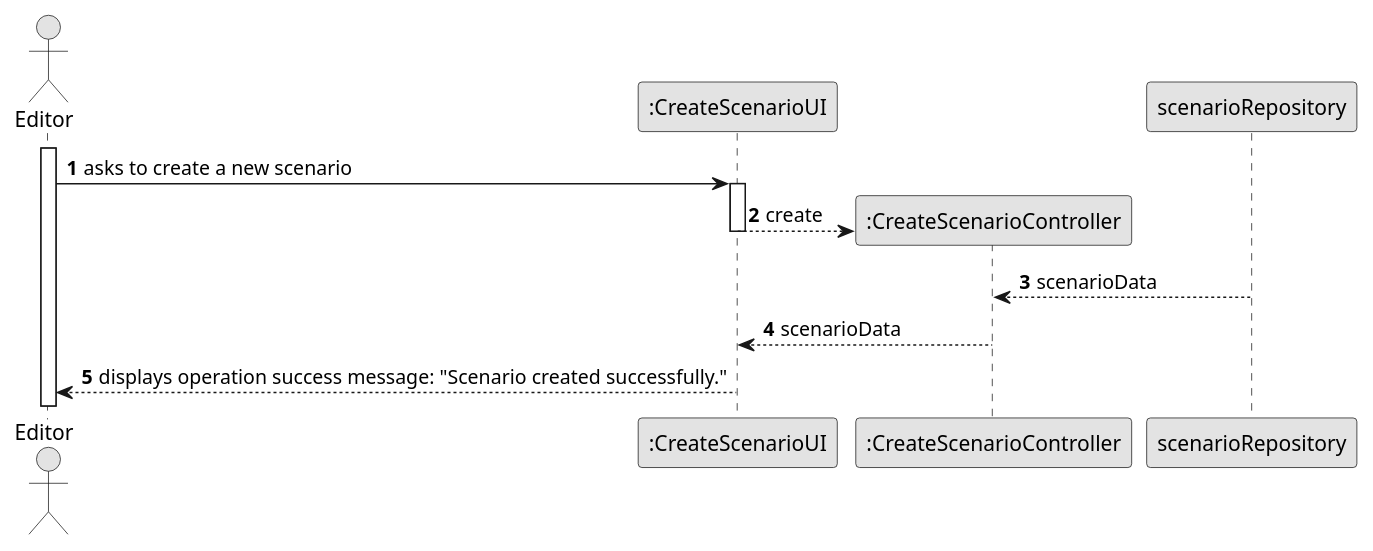
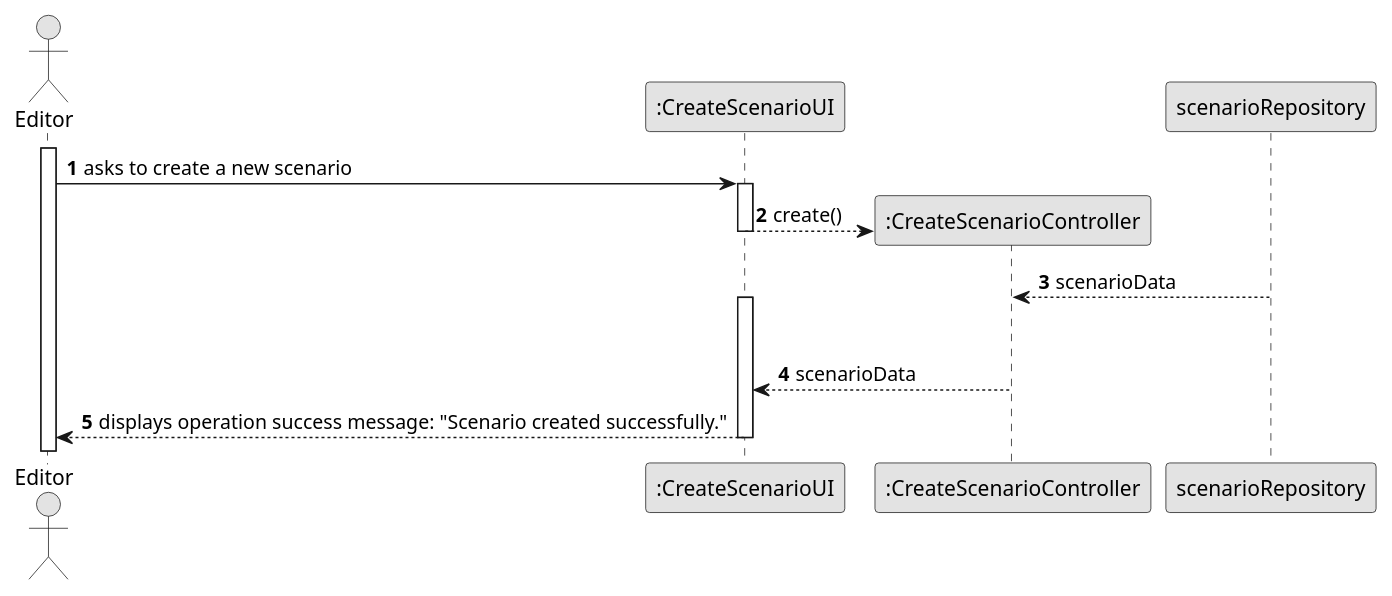
One commit to goncalolopesp/sem2-pi-24.25-g093-repo changed the diagram in docs/system-documentation/US004/03.design/puml/US004-SD-displaySuccess.puml. Above: the diagram before and after it, drawn with PlantUML. The commit also changed 4 other files, not shown here.

```diff
--- a/docs/system-documentation/US004/03.design/puml/US004-SD-displaySuccess.puml
+++ b/docs/system-documentation/US004/03.design/puml/US004-SD-displaySuccess.puml
@@ -1,31 +1,31 @@
 @startuml
 skinparam monochrome true
 skinparam packageStyle rectangle
 skinparam shadowing false
 
 autonumber
 
 actor "Editor" as Employee
 participant ":CreateScenarioUI" as CreateScenarioUI
 
 
 activate Employee
 
 Employee -> CreateScenarioUI : asks to create a new scenario
 activate CreateScenarioUI
 
 create ":CreateScenarioController" as CreateScenarioController
 
-CreateScenarioUI --> CreateScenarioController : create
+CreateScenarioUI --> CreateScenarioController : create()
 deactivate CreateScenarioUI
 
-
 scenarioRepository --> CreateScenarioController : scenarioData
+activate CreateScenarioUI
 deactivate scenarioRepository
 
 CreateScenarioController --> CreateScenarioUI : scenarioData
 deactivate CreateScenarioController
 
 CreateScenarioUI --> Employee : displays operation success message: "Scenario created successfully."
 deactivate CreateScenarioUI
 @enduml
```
